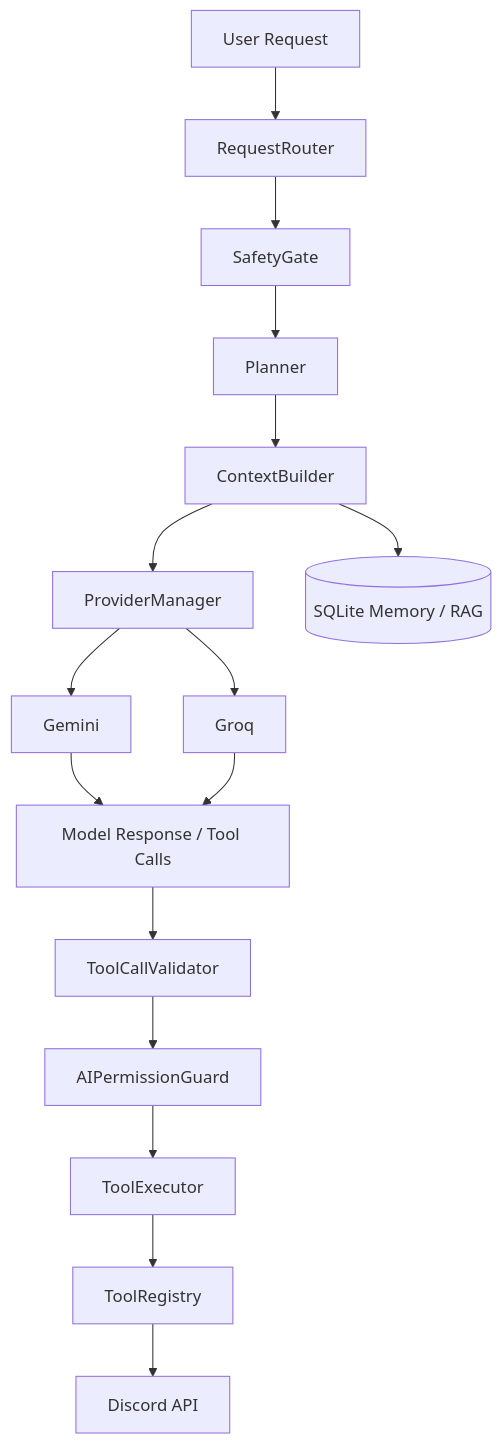
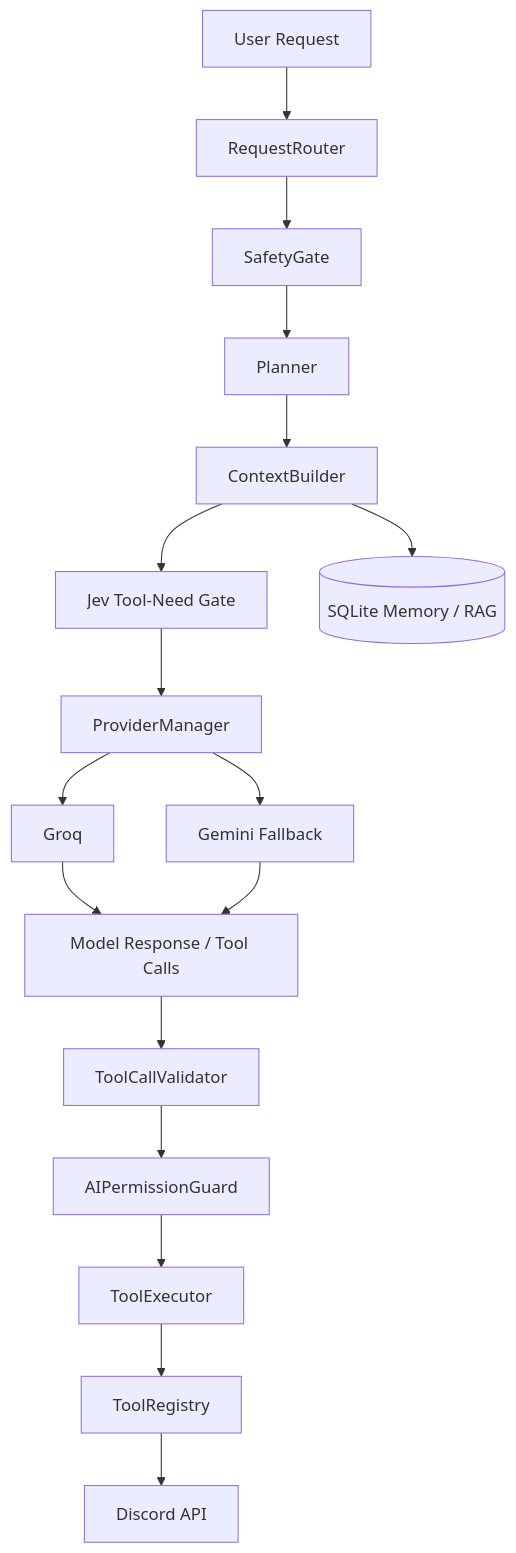
Before and after one commit to krishna3251/lexus_dc: the second of 3 diagrams in docs/LEXUS_DOCUMENTATION.md, drawn with Mermaid. The commit also changed other lines of this file, not shown here.

Commit message:
Align Lexus docs with Jev and public repo boundary

````diff
--- a/docs/LEXUS_DOCUMENTATION.md
+++ b/docs/LEXUS_DOCUMENTATION.md
@@ -98,18 +98,19 @@
 ```mermaid
 flowchart TD
     U[User Request] --> R[RequestRouter]
     R --> G[SafetyGate]
     G --> PL[Planner]
     PL --> CT[ContextBuilder]
-    CT --> PM[ProviderManager]
-    PM --> GE[Gemini]
+    CT --> JG[Jev Tool-Need Gate]
+    JG --> PM[ProviderManager]
     PM --> GR[Groq]
-    GE --> T[Model Response / Tool Calls]
-    GR --> T
+    PM --> GE[Gemini Fallback]
+    GR --> T[Model Response / Tool Calls]
+    GE --> T
     T --> V[ToolCallValidator]
     V --> PG[AIPermissionGuard]
     PG --> E[ToolExecutor]
     E --> TR[ToolRegistry]
     TR --> DA[Discord API]
     CT --> MEM[(SQLite Memory / RAG)]
 ```
````
